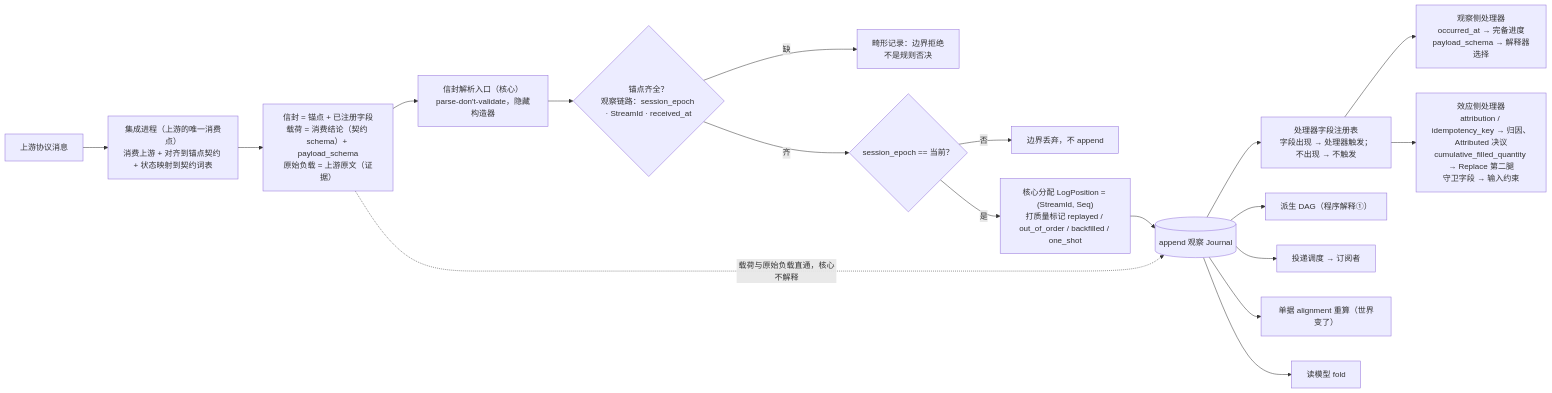
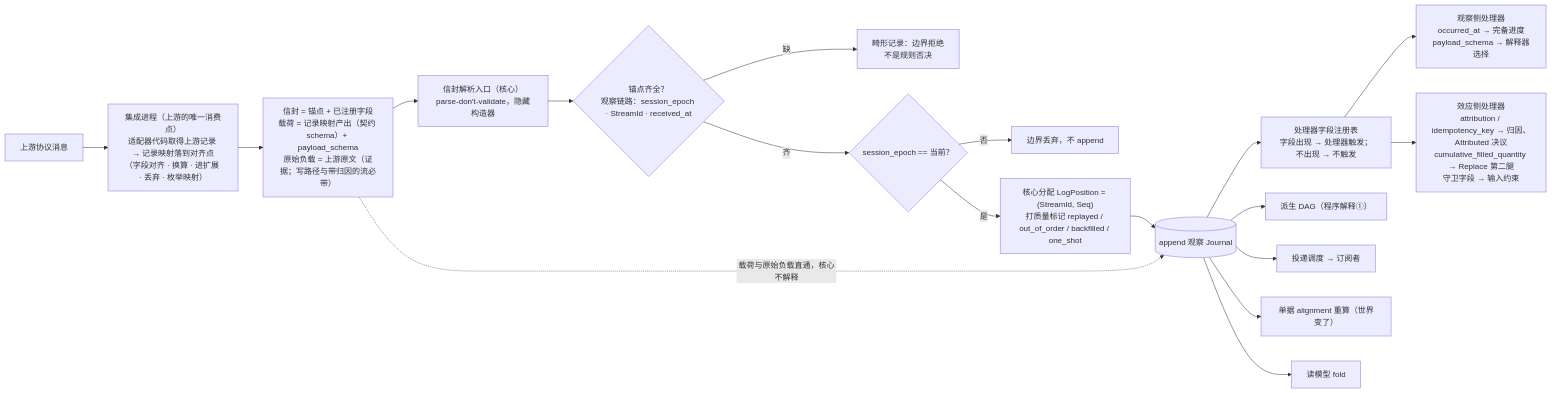
One commit to mouriya-s-lab/uta changed the first of 4 diagrams in design/diagrams/02-record-model.md. Above: the diagram before and after it, drawn with Mermaid. The commit also changed other lines of this file and 15 other files, not shown here.

````diff
--- a/design/diagrams/02-record-model.md
+++ b/design/diagrams/02-record-model.md
@@ -9,20 +9,20 @@
 ```mermaid
 flowchart LR
-  UP["上游协议消息"] --> INT["集成进程（上游的唯一消费点）<br/>消费上游 + 对齐到锚点契约 + 状态映射到契约词表"]
-  INT --> ENV["信封 = 锚点 + 已注册字段<br/>载荷 = 消费结论（契约 schema）+ payload_schema<br/>原始负载 = 上游原文（证据）"]
+  UP["上游协议消息"] --> INT["集成进程（上游的唯一消费点）<br/>适配器代码取得上游记录 → 记录映射落到对齐点<br/>（字段对齐 · 换算 · 进扩展 · 丢弃 · 枚举映射）"]
+  INT --> ENV["信封 = 锚点 + 已注册字段<br/>载荷 = 记录映射产出（契约 schema）+ payload_schema<br/>原始负载 = 上游原文（证据；写路径与带归因的流必带）"]
   ENV --> PARSE["信封解析入口（核心）<br/>parse-don't-validate，隐藏构造器"]
   PARSE --> ANCH{"锚点齐全？<br/>观察链路：session_epoch · StreamId · received_at"}
   ANCH -->|"缺"| MAL["畸形记录：边界拒绝<br/>不是规则否决"]
   ANCH -->|"齐"| EPOCH{"session_epoch == 当前？"}
   EPOCH -->|"否"| DROP["边界丢弃，不 append"]
   EPOCH -->|"是"| POS["核心分配 LogPosition = (StreamId, Seq)<br/>打质量标记 replayed / out_of_order / backfilled / one_shot"]
   POS --> APPEND[("append 观察 Journal")]
   APPEND --> REG["处理器字段注册表<br/>字段出现 → 处理器触发；不出现 → 不触发"]
   REG --> OH["观察侧处理器<br/>occurred_at → 完备进度<br/>payload_schema → 解释器选择"]
   REG --> EH["效应侧处理器<br/>attribution / idempotency_key → 归因、Attributed 决议<br/>cumulative_filled_quantity → Replace 第二腿<br/>守卫字段 → 输入约束"]
   APPEND --> DAG["派生 DAG（程序解释①）"]
   APPEND --> DELIV["投递调度 → 订阅者"]
   APPEND --> TKT["单据 alignment 重算（世界变了）"]
   APPEND --> RM["读模型 fold"]
   ENV -.->|"载荷与原始负载直通，核心不解释"| APPEND
 ```
````
